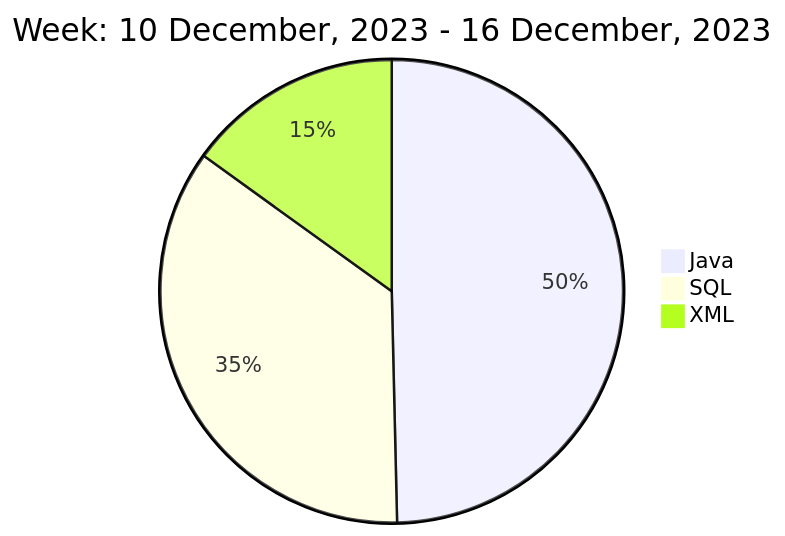
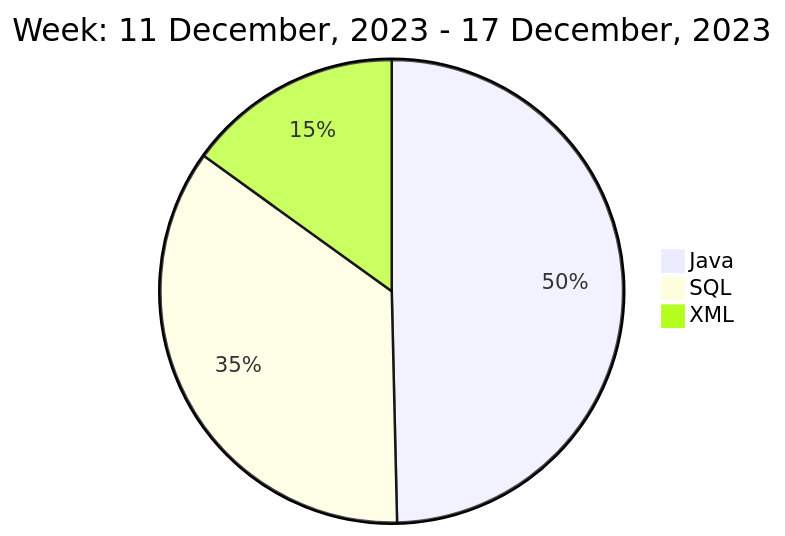
Before and after one commit to liubin95/liubin95: the diagram in README.md, drawn with Mermaid.

Commit message:
Updated the Graph with new Metrics

````diff
--- a/README.md
+++ b/README.md
@@ -37,7 +37,7 @@
 ```mermaid
  pie
-title Week: 10 December, 2023 - 16 December, 2023
+title Week: 11 December, 2023 - 17 December, 2023
  "Java" : 5.37
  "SQL" : 3.82
  "XML" : 1.63
 ```
````
